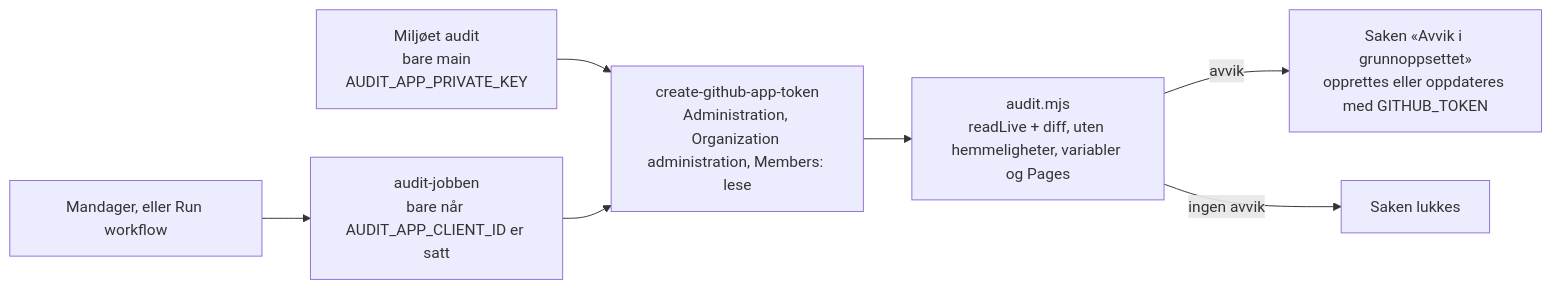
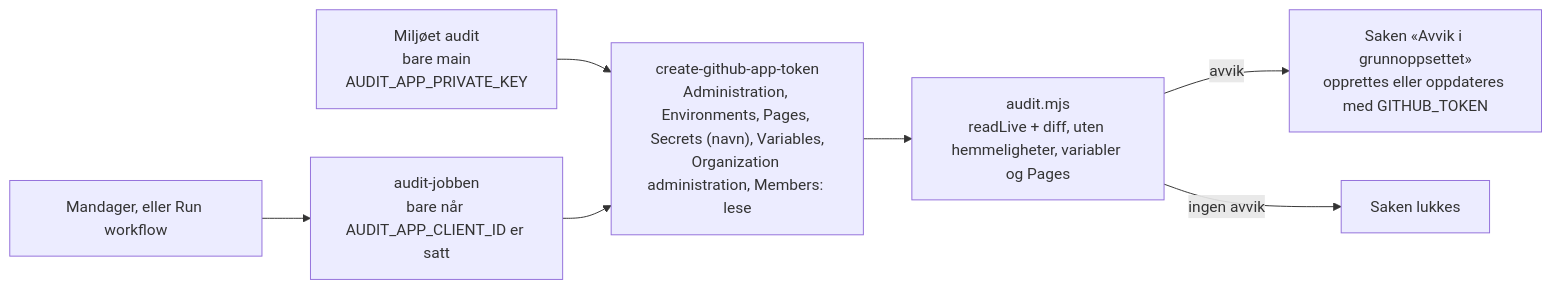
One commit to hofstadnet/operations changed the second of 4 diagrams in docs/architecture.md. Above: the diagram before and after it, drawn with Mermaid. The commit also changed 3 other files, not shown here.

````diff
--- a/docs/architecture.md
+++ b/docs/architecture.md
@@ -40,9 +40,9 @@
 ```mermaid
 flowchart LR
   cron["Mandager, eller Run workflow"] --> job["audit-jobben<br/>bare når AUDIT_APP_CLIENT_ID er satt"]
   env["Miljøet audit<br/>bare main<br/>AUDIT_APP_PRIVATE_KEY"] --> token
-  job --> token["create-github-app-token<br/>Administration, Organization administration, Members: lese"]
+  job --> token["create-github-app-token<br/>Administration, Environments, Pages, Secrets (navn), Variables,<br/>Organization administration, Members: lese"]
   token --> audit["audit.mjs<br/>readLive + diff, uten hemmeligheter, variabler og Pages"]
   audit -->|"avvik"| issue["Saken «Avvik i grunnoppsettet»<br/>opprettes eller oppdateres med GITHUB_TOKEN"]
   audit -->|"ingen avvik"| close["Saken lukkes"]
 ```
````
